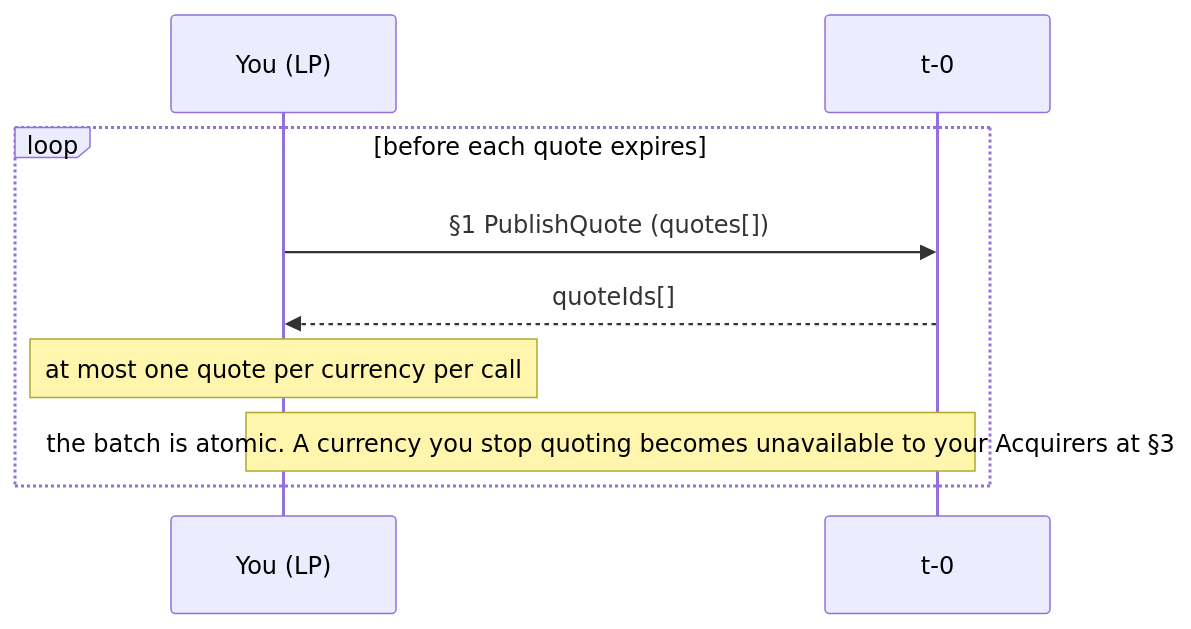
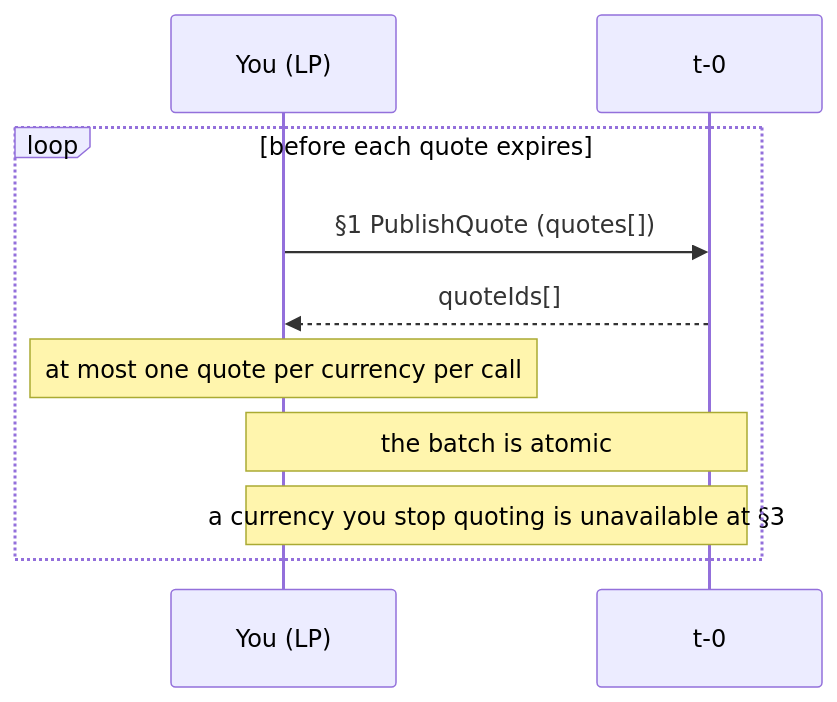
One commit to t-0-network/usdt-pay-docs changed the first of 2 diagrams in content/docs/payments/liquidity-provider.md. Above: the diagram before and after it, drawn with Mermaid. The commit also changed other lines of this file and 2 other files, not shown here.

First line of the commit message:
docs: trim diagram labels and fix stop-slop issues in role pages

````diff
--- a/content/docs/payments/liquidity-provider.md
+++ b/content/docs/payments/liquidity-provider.md
@@ -35,12 +35,13 @@
 ```mermaid
 sequenceDiagram
     participant LP as You (LP)
     participant T0 as t-0
 
     loop before each quote expires
         LP->>T0: §1 PublishQuote (quotes[])
         T0-->>LP: quoteIds[]
         Note over LP: at most one quote per currency per call
-        Note over LP,T0: the batch is atomic. A currency you stop quoting becomes unavailable to your Acquirers at §3
+        Note over LP,T0: the batch is atomic
+        Note over LP,T0: a currency you stop quoting is unavailable at §3
     end
 ```
````
